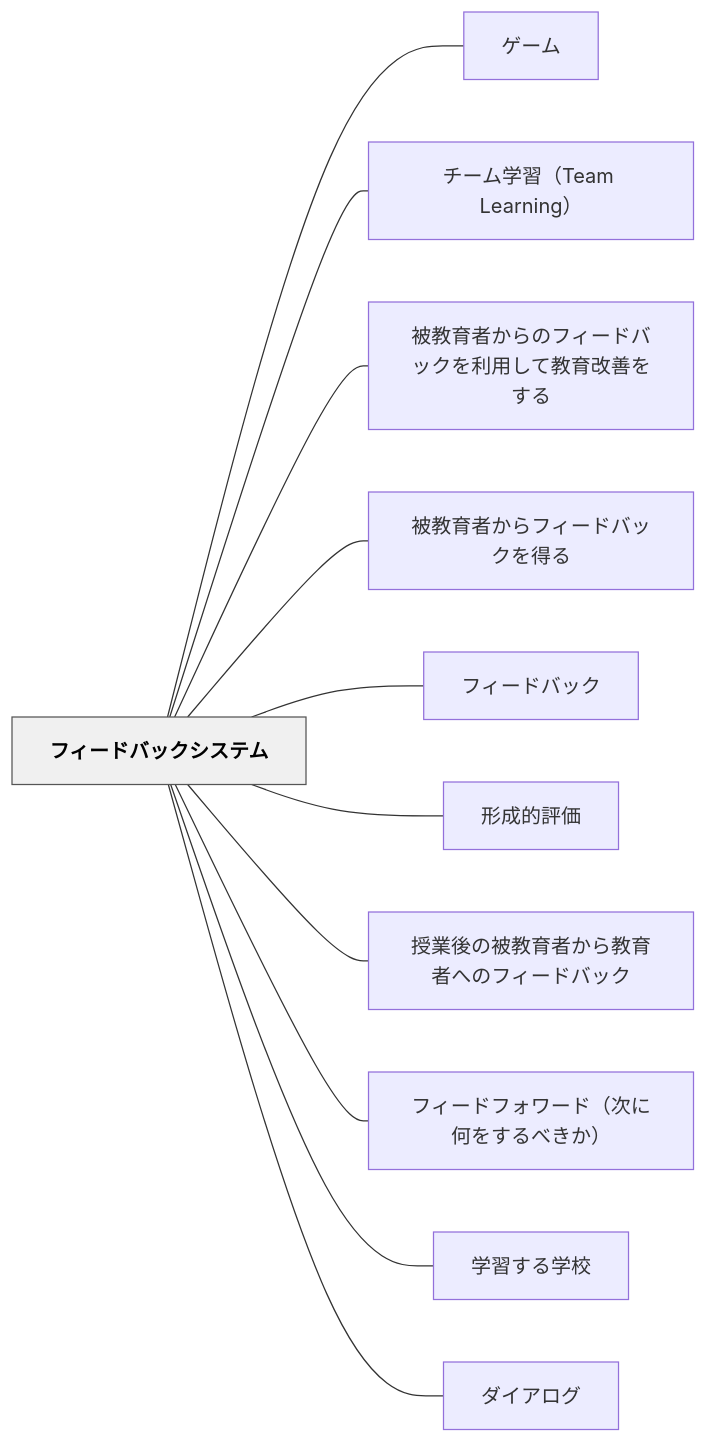
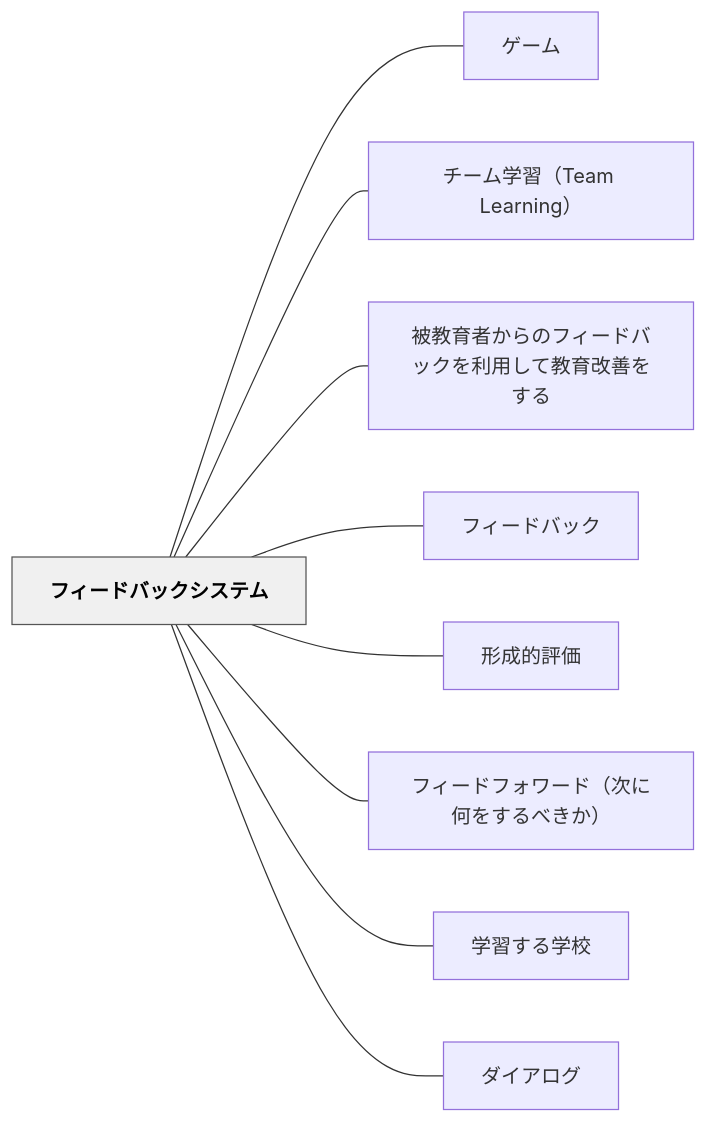
The diagram in content/パタン/フィードバックシステム.md (unknownthings-ed-patterns/unknownthings-ed-patterns), drawn with Mermaid before and after one commit. The commit also changed other lines of this file and 32 other files, not shown here.

````diff
--- a/content/パタン/フィードバックシステム.md
+++ b/content/パタン/フィードバックシステム.md
@@ -243,28 +241,24 @@
 ```mermaid
 flowchart LR
     ne38395e382a3e383bce38389e38390e38383e382afe382b7e382b9e38386e383a0["フィードバックシステム"]
     ne382b2e383bce383a0["ゲーム"]
     ne38381e383bce383a0e5ada6e7bf92efbc885465616d204c6561726e696e67efbc89["チーム学習（Team Learning）"]
     ne8a2abe69599e882b2e88085e3818be38289e381aee38395e382a3e383bce38389e38390e38383e382afe38292e588a9e794a8e38197e381a6e69599e882b2e694b9e59684e38292e38199e3828b["被教育者からのフィードバックを利用して教育改善をする"]
-    ne8a2abe69599e882b2e88085e3818be38289e38395e382a3e383bce38389e38390e38383e382afe38292e5be97e3828b["被教育者からフィードバックを得る"]
     ne38395e382a3e383bce38389e38390e38383e382af["フィードバック"]
     ne5bda2e68890e79a84e8a995e4bea1["形成的評価"]
-    ne68e88e6a5ade5be8ce381aee8a2abe69599e882b2e88085e3818be38289e69599e882b2e88085e381b8e381aee38395e382a3e383bce38389e38390e38383e382af["授業後の被教育者から教育者へのフィードバック"]
     ne38395e382a3e383bce38389e38395e382a9e383afe383bce38389efbc88e6aca1e381abe4bd95e38292e38199e3828be381b9e3818de3818befbc89["フィードフォワード（次に何をするべきか）"]
     ne5ada6e7bf92e38199e3828be5ada6e6a0a1["学習する学校"]
     ne38380e382a4e382a2e383ade382b0["ダイアログ"]
 
     ne38395e382a3e383bce38389e38390e38383e382afe382b7e382b9e38386e383a0 --- ne382b2e383bce383a0
     ne38395e382a3e383bce38389e38390e38383e382afe382b7e382b9e38386e383a0 --- ne38381e383bce383a0e5ada6e7bf92efbc885465616d204c6561726e696e67efbc89
     ne38395e382a3e383bce38389e38390e38383e382afe382b7e382b9e38386e383a0 --- ne8a2abe69599e882b2e88085e3818be38289e381aee38395e382a3e383bce38389e38390e38383e382afe38292e588a9e794a8e38197e381a6e69599e882b2e694b9e59684e38292e38199e3828b
-    ne38395e382a3e383bce38389e38390e38383e382afe382b7e382b9e38386e383a0 --- ne8a2abe69599e882b2e88085e3818be38289e38395e382a3e383bce38389e38390e38383e382afe38292e5be97e3828b
     ne38395e382a3e383bce38389e38390e38383e382afe382b7e382b9e38386e383a0 --- ne38395e382a3e383bce38389e38390e38383e382af
     ne38395e382a3e383bce38389e38390e38383e382afe382b7e382b9e38386e383a0 --- ne5bda2e68890e79a84e8a995e4bea1
-    ne38395e382a3e383bce38389e38390e38383e382afe382b7e382b9e38386e383a0 --- ne68e88e6a5ade5be8ce381aee8a2abe69599e882b2e88085e3818be38289e69599e882b2e88085e381b8e381aee38395e382a3e383bce38389e38390e38383e382af
     ne38395e382a3e383bce38389e38390e38383e382afe382b7e382b9e38386e383a0 --- ne38395e382a3e383bce38389e38395e382a9e383afe383bce38389efbc88e6aca1e381abe4bd95e38292e38199e3828be381b9e3818de3818befbc89
     ne38395e382a3e383bce38389e38390e38383e382afe382b7e382b9e38386e383a0 --- ne5ada6e7bf92e38199e3828be5ada6e6a0a1
     ne38395e382a3e383bce38389e38390e38383e382afe382b7e382b9e38386e383a0 --- ne38380e382a4e382a2e383ade382b0
 
     classDef hub fill:#f0f0f0,stroke:#555,color:#000,font-weight:bold
     class ne38395e382a3e383bce38389e38390e38383e382afe382b7e382b9e38386e383a0 hub
 ```
````
